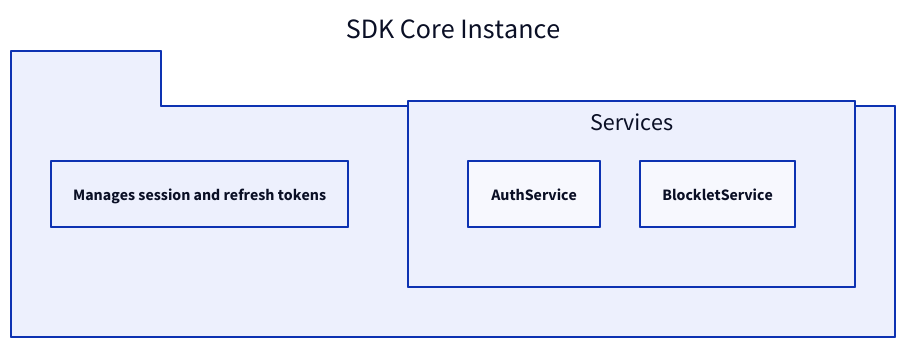
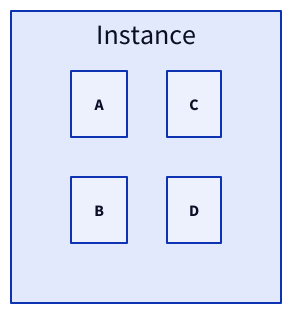
The tenth of 32 diagrams in prompts/document/d2-chart/rules.md (AIGNE-io/aigne-doc-smith), drawn with D2 before and after one commit. The commit also changed other lines of this file and 9 other files, not shown here.

````diff
--- a/prompts/document/d2-chart/rules.md
+++ b/prompts/document/d2-chart/rules.md
@@ -81,11 +122,9 @@
-      ```d2
-      "SDK Core Instance": {
-        shape: package
-        "TokenService": "Manages session and refresh tokens"
-        "Services": {
-          grid-columns: 2
-          "AuthService": "AuthService"
-          "BlockletService": "BlockletService"
-        }
-      }
-      ```
+  ```d2
+  Instance: {
+    grid-columns: 2
+    A: "A"
+    B: "B"
+    C: "C"
+    D: "D"
+  }
+  ```
````
